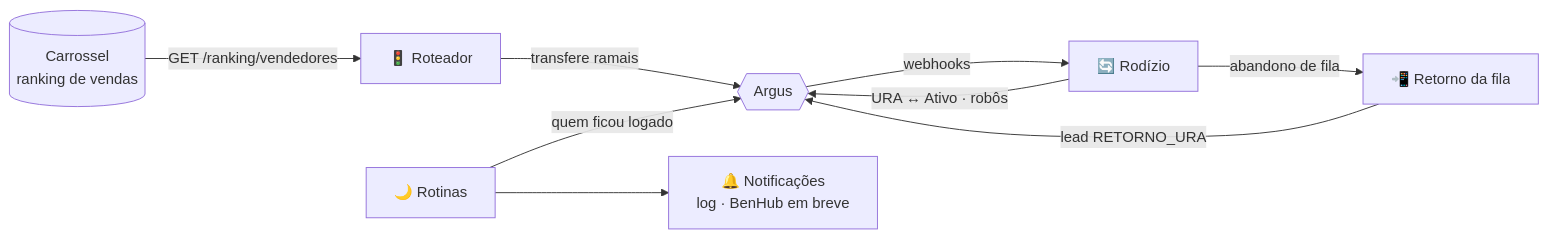
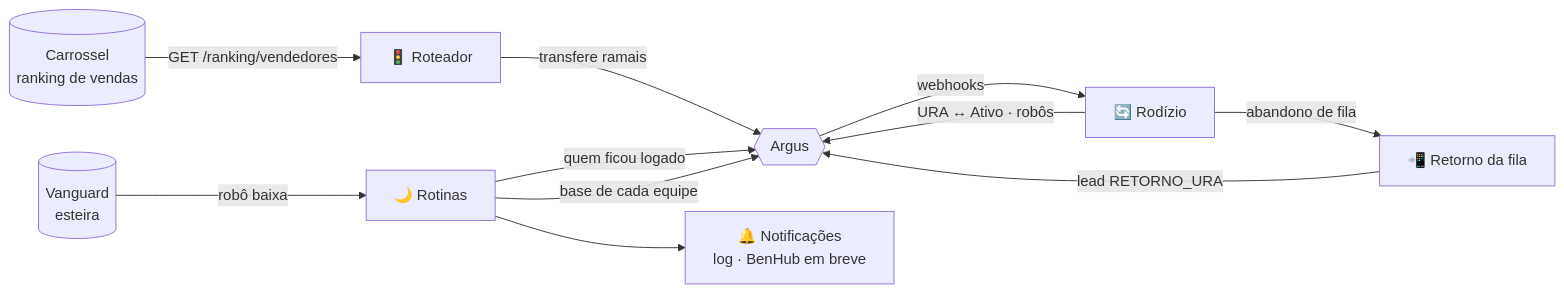
The first of 3 diagrams in README.md (nanzinx/Benura), drawn with Mermaid before and after one commit. The commit also changed other lines of this file and 16 other files, not shown here.

````diff
--- a/README.md
+++ b/README.md
@@ -49,11 +51,13 @@
 ```mermaid
 flowchart LR
     C[(Carrossel<br>ranking de vendas)] -->|GET /ranking/vendedores| R[🚦 Roteador]
     R -->|transfere ramais| A{{Argus}}
     A -->|webhooks| Z[🔄 Rodízio]
     Z -->|URA ↔ Ativo · robôs| A
     Z -->|abandono de fila| F[📲 Retorno da fila]
     F -->|lead RETORNO_URA| A
     T[🌙 Rotinas] -->|quem ficou logado| A
     T --> N[🔔 Notificações<br>log · BenHub em breve]
+    V[(Vanguard<br>esteira)] -->|robô baixa| T
+    T -->|base de cada equipe| A
 ```
````
